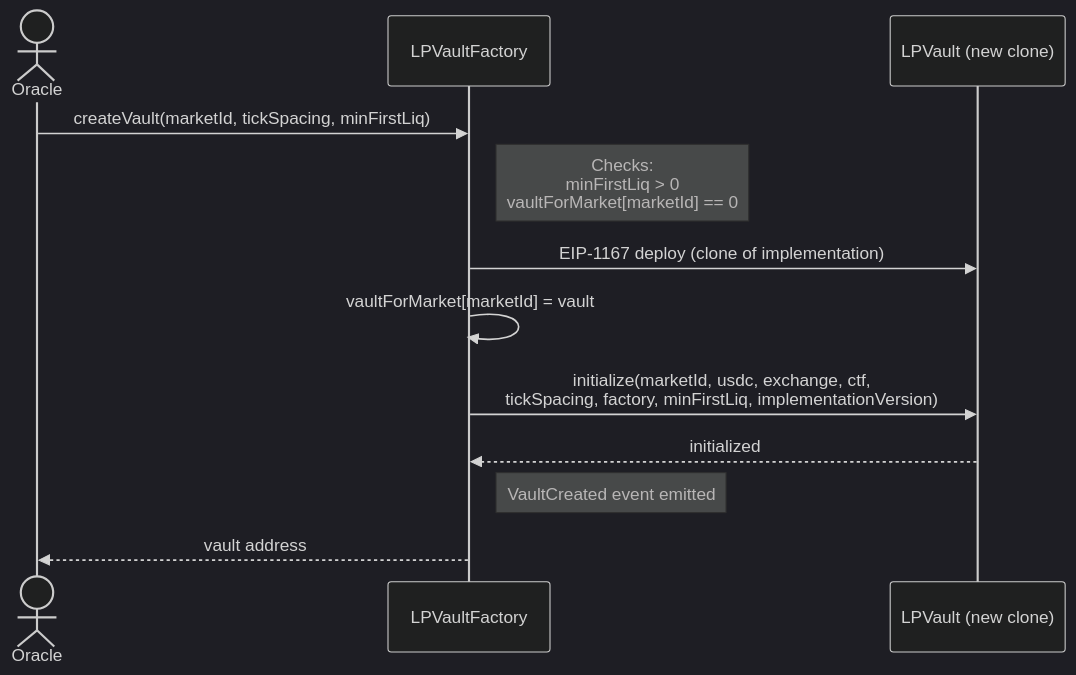
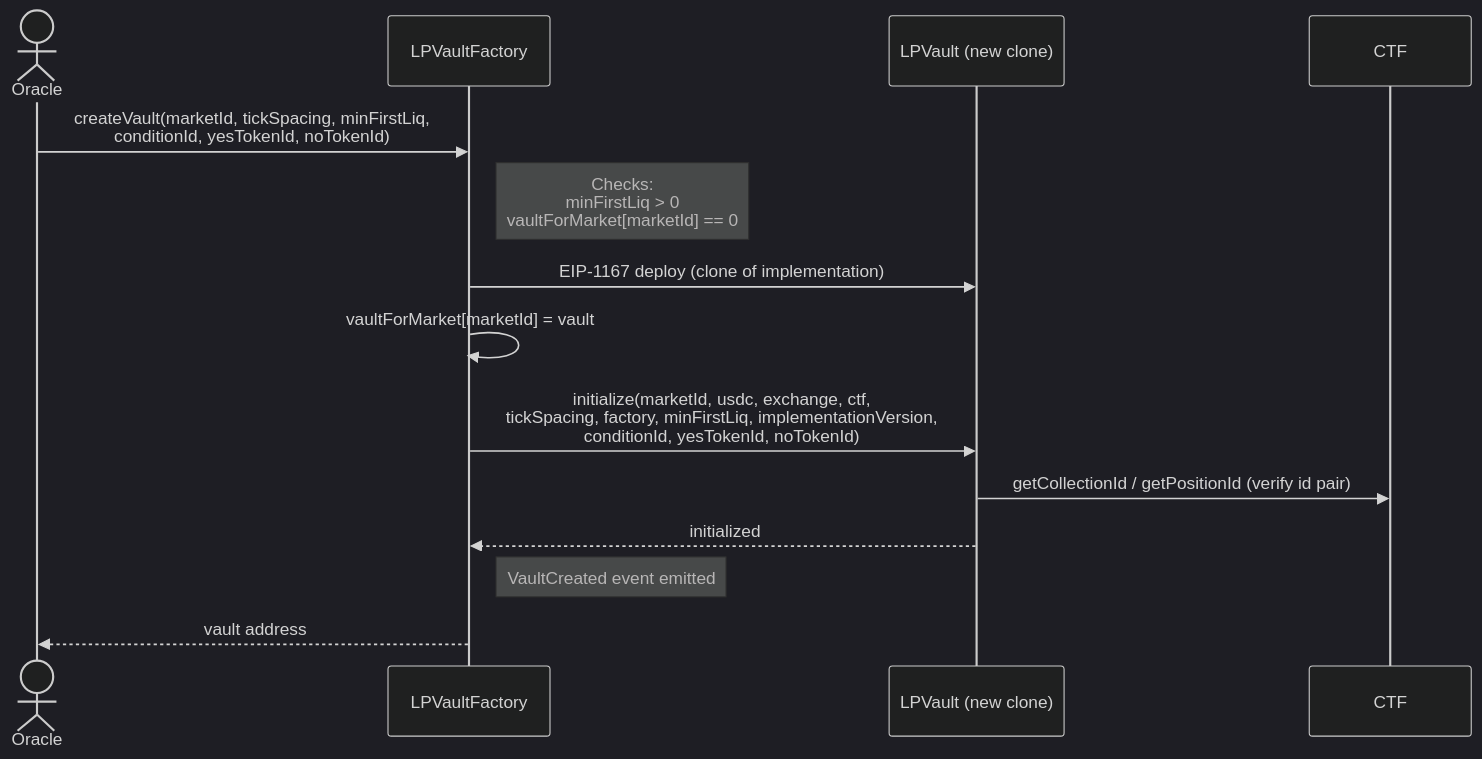
Before and after one commit to ProphetMarket/lp-vaults: the second of 22 diagrams in REFERENCE.md, drawn with Mermaid (dark theme). The commit also changed other lines of this file and 27 other files, not shown here.

````diff
--- a/REFERENCE.md
+++ b/REFERENCE.md
@@ -83,15 +91,16 @@
 ```mermaid
 sequenceDiagram
     actor Oracle
     participant Factory as LPVaultFactory
     participant Vault as LPVault (new clone)
 
-    Oracle->>Factory: createVault(marketId, tickSpacing, minFirstLiq)
+    Oracle->>Factory: createVault(marketId, tickSpacing, minFirstLiq,<br/>conditionId, yesTokenId, noTokenId)
     Note right of Factory: Checks:<br/>minFirstLiq > 0<br/>vaultForMarket[marketId] == 0
     Factory->>Vault: EIP-1167 deploy (clone of implementation)
     Factory->>Factory: vaultForMarket[marketId] = vault
-    Factory->>Vault: initialize(marketId, usdc, exchange, ctf,<br/>tickSpacing, factory, minFirstLiq, implementationVersion)
+    Factory->>Vault: initialize(marketId, usdc, exchange, ctf,<br/>tickSpacing, factory, minFirstLiq, implementationVersion,<br/>conditionId, yesTokenId, noTokenId)
+    Vault->>CTF: getCollectionId / getPositionId (verify id pair)
     Vault-->>Factory: initialized
     Note right of Factory: VaultCreated event emitted
     Factory-->>Oracle: vault address
 ```
````
